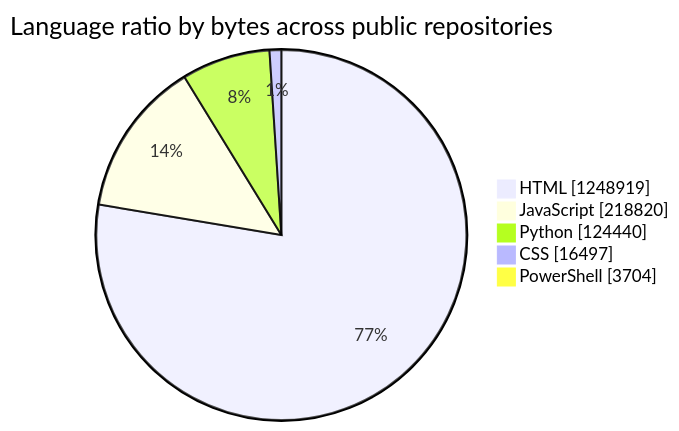
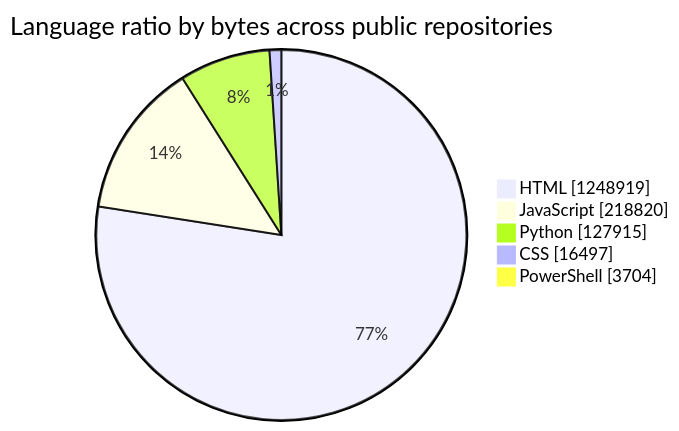
Before and after one commit to tchinso/tchinso: the first of 2 diagrams in README.md, drawn with Mermaid. The commit also changed other lines of this file, not shown here.

````diff
--- a/README.md
+++ b/README.md
@@ -21,9 +21,9 @@
 ```mermaid
 pie showData
     title Language ratio by bytes across public repositories
     "HTML" : 1248919
     "JavaScript" : 218820
-    "Python" : 124440
+    "Python" : 127915
     "CSS" : 16497
     "PowerShell" : 3704
 ```
````
